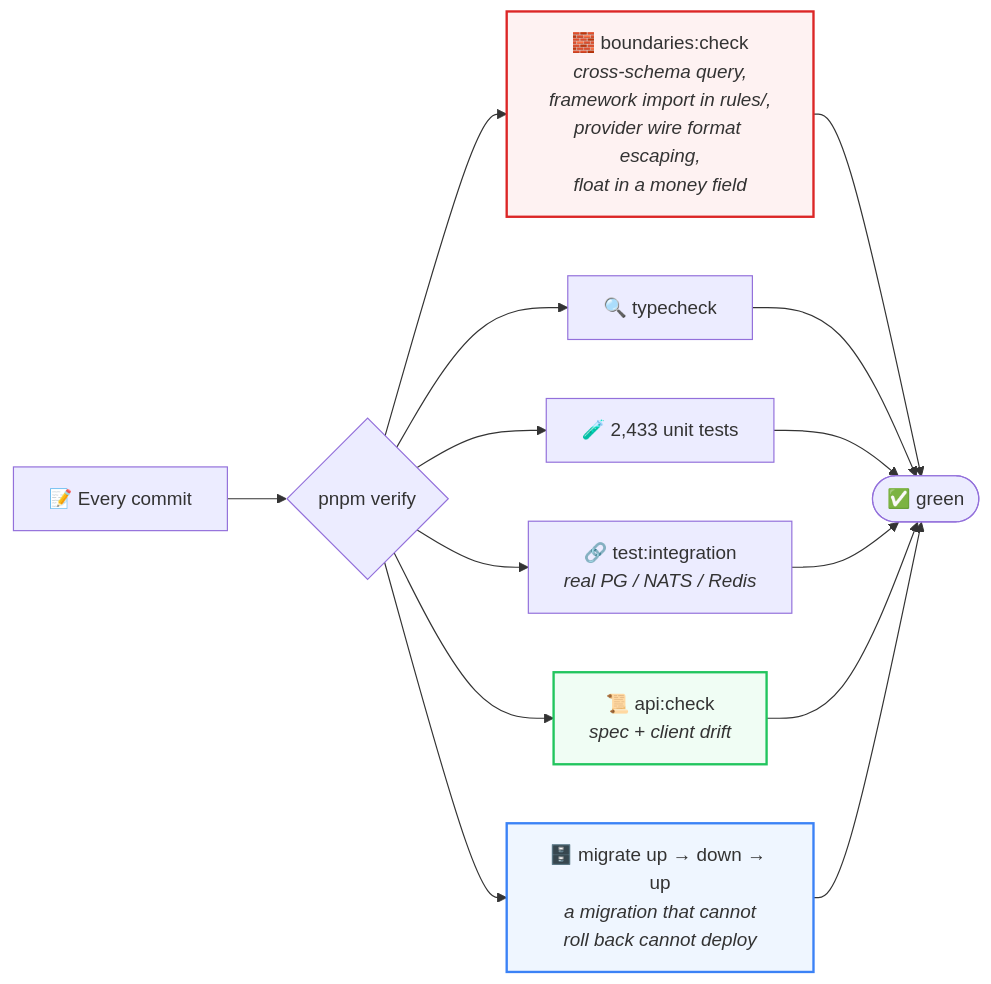
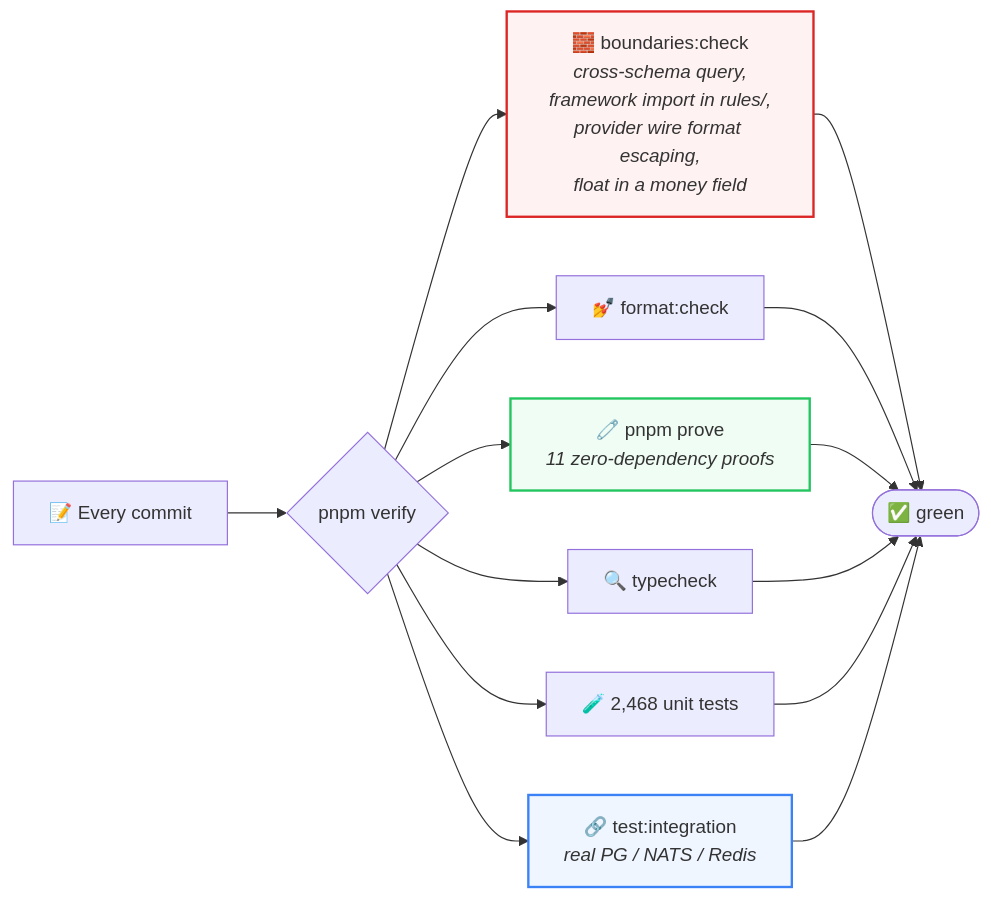
The sixth of 6 diagrams in README.md (mahabubone/zipzap), drawn with Mermaid before and after one commit. The commit also changed other lines of this file and 19 other files, not shown here.

````diff
--- a/README.md
+++ b/README.md
@@ -387,17 +401,17 @@
 ```mermaid
 flowchart LR
     C["📝 Every commit"] --> P{"pnpm verify"}
     P --> B["🧱 boundaries:check<br/><i>cross-schema query,<br/>framework import in rules/,<br/>provider wire format escaping,<br/>float in a money field</i>"]
+    P --> F["💅 format:check"]
+    P --> V["🧷 pnpm prove<br/><i>11 zero-dependency proofs</i>"]
     P --> T["🔍 typecheck"]
-    P --> U["🧪 2,433 unit tests"]
+    P --> U["🧪 2,468 unit tests"]
     P --> I["🔗 test:integration<br/><i>real PG / NATS / Redis</i>"]
-    P --> K["📜 api:check<br/><i>spec + client drift</i>"]
-    P --> D["🗄️ migrate up → down → up<br/><i>a migration that cannot<br/>roll back cannot deploy</i>"]
 
-    B --> V([✅ green])
-    T --> V; U --> V; I --> V; K --> V; D --> V
+    B --> G([✅ green])
+    F --> G; V --> G; T --> G; U --> G; I --> G
 
     style B fill:#fef2f2,stroke:#dc2626,stroke-width:2px
-    style K fill:#f0fdf4,stroke:#22c55e,stroke-width:2px
-    style D fill:#eff6ff,stroke:#3b82f6,stroke-width:2px
+    style V fill:#f0fdf4,stroke:#22c55e,stroke-width:2px
+    style I fill:#eff6ff,stroke:#3b82f6,stroke-width:2px
 ```
````
